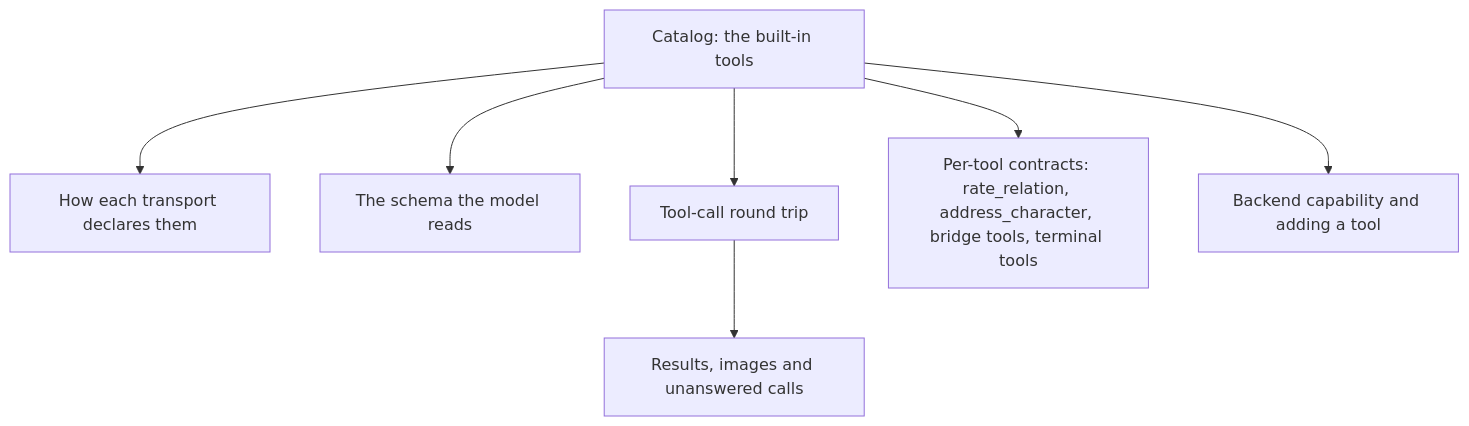
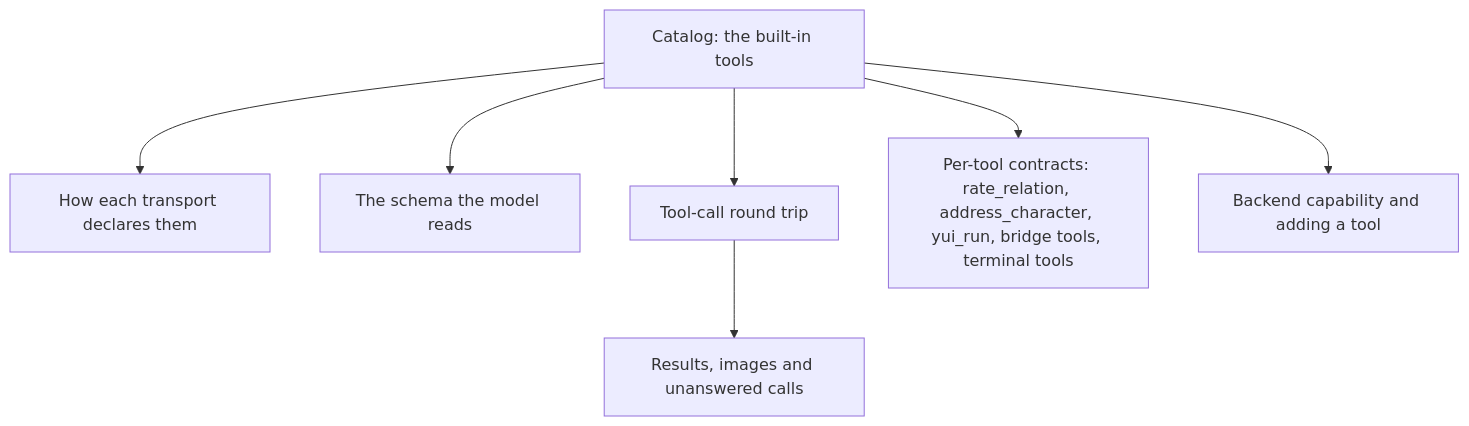
One commit to yw0nam/YUI changed the first of 3 diagrams in docs/reference/client-tools.md. Above: the diagram before and after it, drawn with Mermaid. The commit also changed other lines of this file and 87 other files, not shown here.

First line of the commit message:
feat: the backend reads and changes YUI by code through yui_run (#2133)

````diff
--- a/docs/reference/client-tools.md
+++ b/docs/reference/client-tools.md
@@ -5,9 +7,9 @@
 ```mermaid
 flowchart TB
   A["Catalog: the built-in tools"] --> B["How each transport declares them"]
   A --> C["The schema the model reads"]
   A --> D["Tool-call round trip"]
   D --> E["Results, images and unanswered calls"]
-  A --> F["Per-tool contracts: rate_relation, address_character, bridge tools, terminal tools"]
+  A --> F["Per-tool contracts: rate_relation, address_character, yui_run, bridge tools, terminal tools"]
   A --> G["Backend capability and adding a tool"]
 ```
````
